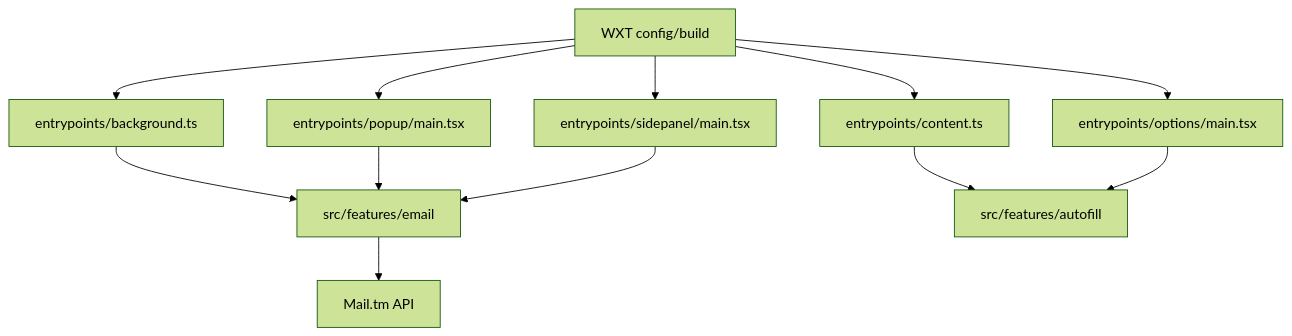
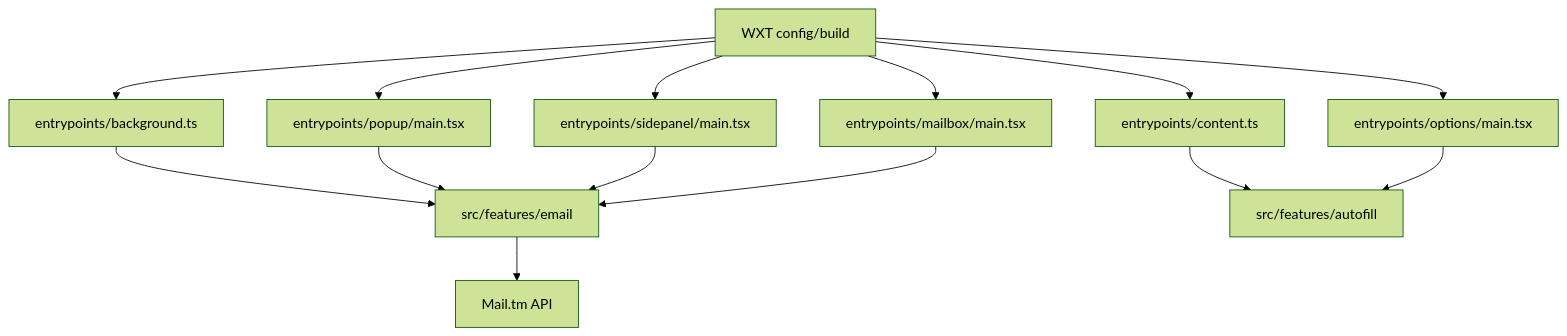
One commit to bdtran2002/SudoFill changed the diagram in README.md. Above: the diagram before and after it, drawn with Mermaid (forest theme). The commit also changed other lines of this file, not shown here.

Commit message:
docs: refresh README with badges and current flows

````diff
--- a/README.md
+++ b/README.md
@@ -188,25 +191,28 @@
 ```mermaid
 flowchart TD
   WXT[WXT config/build]
   BG[entrypoints/background.ts]
   Content[entrypoints/content.ts]
   Popup[entrypoints/popup/main.tsx]
   Sidepanel[entrypoints/sidepanel/main.tsx]
+  Mailbox[entrypoints/mailbox/main.tsx]
   Options[entrypoints/options/main.tsx]
   Email[src/features/email]
   Autofill[src/features/autofill]
   Mailtm[Mail.tm API]
 
   WXT --> BG
   WXT --> Content
   WXT --> Popup
   WXT --> Sidepanel
+  WXT --> Mailbox
   WXT --> Options
 
   BG --> Email
   Popup --> Email
   Sidepanel --> Email
+  Mailbox --> Email
   Content --> Autofill
   Options --> Autofill
   Email --> Mailtm
 ```
````
